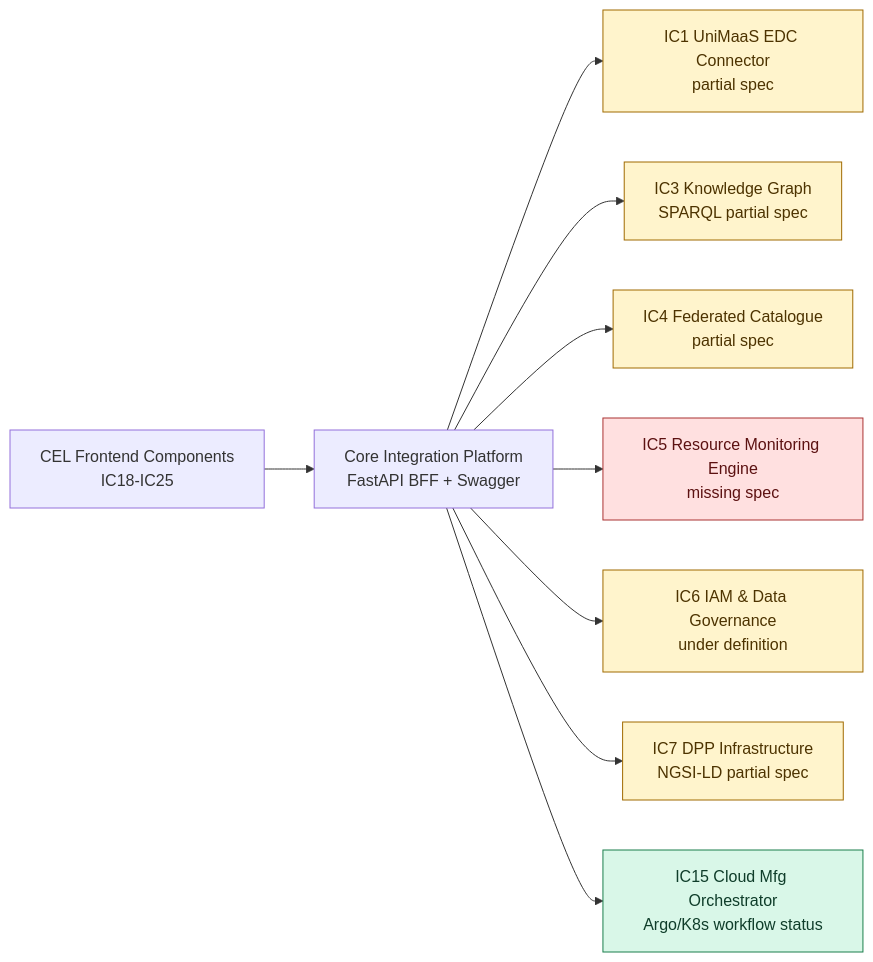
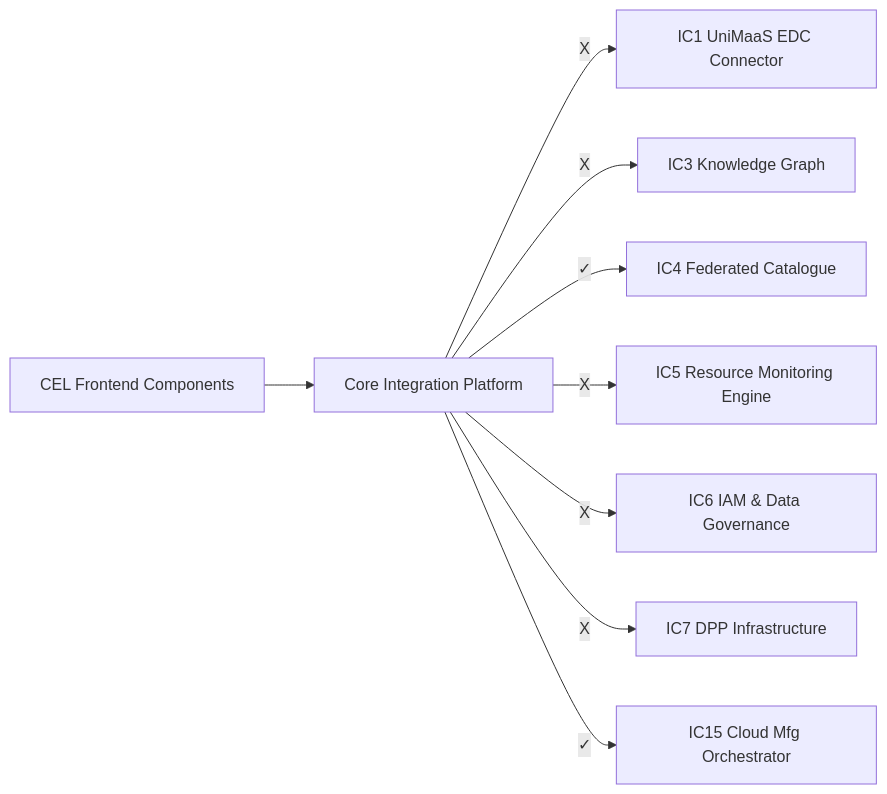
One commit to UniMaaS-project-eu/core-integration-platform changed the diagram in docs/integration.md. Above: the diagram before and after it, drawn with Mermaid. The commit also changed other lines of this file, not shown here.

Commit message:
docs: refine integration flowchart

````diff
--- a/docs/integration.md
+++ b/docs/integration.md
@@ -7,20 +7,12 @@
 ```mermaid
 flowchart LR
-  FE["CEL Frontend Components<br/>IC18-IC25"] --> IC17["Core Integration Platform<br/>FastAPI BFF + Swagger"]
+  FE["CEL Frontend Components"] --> IC17["Core Integration Platform"]
 
-  IC17 --> EDC["IC1 UniMaaS EDC Connector<br/>partial spec"]
-  IC17 --> KG["IC3 Knowledge Graph<br/>SPARQL partial spec"]
-  IC17 --> FC["IC4 Federated Catalogue<br/>partial spec"]
-  IC17 --> RME["IC5 Resource Monitoring Engine<br/>missing spec"]
-  IC17 --> IAM["IC6 IAM & Data Governance<br/>under definition"]
-  IC17 --> DPP["IC7 DPP Infrastructure<br/>NGSI-LD partial spec"]
-  IC17 --> ARGO["IC15 Cloud Mfg Orchestrator<br/>Argo/K8s workflow status"]
-
-  classDef ready fill:#d9f7e8,stroke:#1b7f4c,color:#0f3d2a;
-  classDef partial fill:#fff4cc,stroke:#a06a00,color:#4d3300;
-  classDef blocked fill:#ffe0e0,stroke:#a33,color:#5c1111;
-
-  class ARGO ready;
-  class EDC,KG,FC,IAM,DPP partial;
-  class RME blocked;
+  IC17 -- "X" --> EDC["IC1 UniMaaS EDC Connector"]
+  IC17 -- "X" --> KG["IC3 Knowledge Graph"]
+  IC17 -- "✓" --> FC["IC4 Federated Catalogue"]
+  IC17 -- "X" --> RME["IC5 Resource Monitoring Engine"]
+  IC17 -- "X" --> IAM["IC6 IAM & Data Governance"]
+  IC17 -- "X" --> DPP["IC7 DPP Infrastructure"]
+  IC17 -- "✓" --> ARGO["IC15 Cloud Mfg Orchestrator"]
 ```
````
